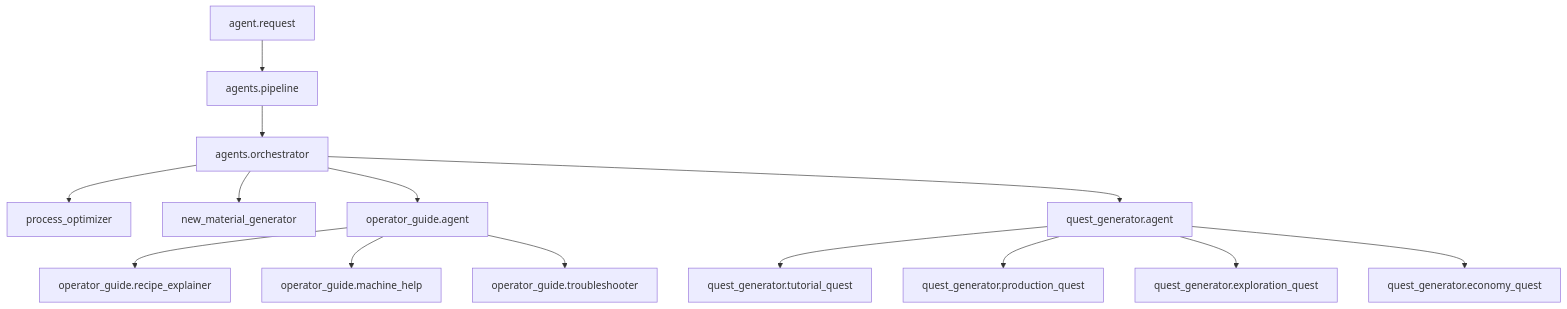
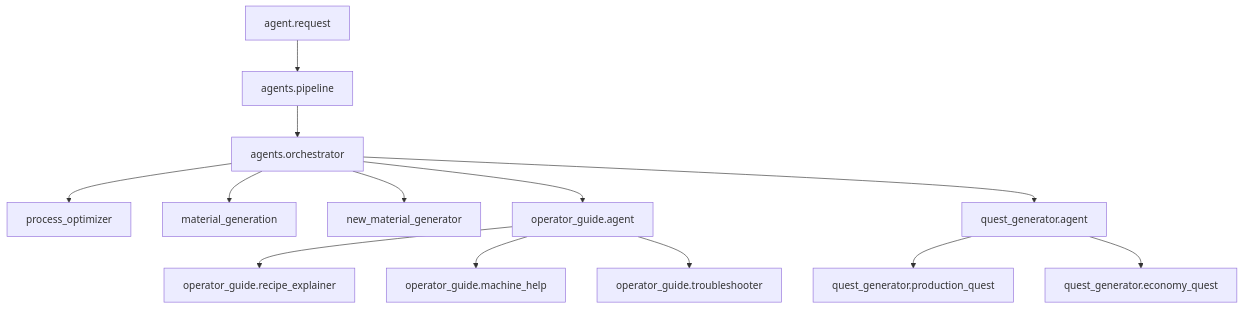
Before and after one commit to PU3-Lab/factory-space: the diagram in backend/src/AGENT_ROLES.md, drawn with Mermaid. The commit also changed other lines of this file and 1 other file, not shown here.

````diff
--- a/backend/src/AGENT_ROLES.md
+++ b/backend/src/AGENT_ROLES.md
@@ -16,19 +16,18 @@
 ```mermaid
 flowchart TD
     Client[agent.request] --> Pipeline[agents.pipeline]
     Pipeline --> Orchestrator[agents.orchestrator]
 
     Orchestrator --> Process[process_optimizer]
-    Orchestrator --> Material[new_material_generator]
+    Orchestrator --> MaterialGen[material_generation]
+    Orchestrator --> NewMaterial[new_material_generator]
     Orchestrator --> OperatorGuide[operator_guide.agent]
     Orchestrator --> Quest[quest_generator.agent]
 
     OperatorGuide --> Recipe[operator_guide.recipe_explainer]
     OperatorGuide --> Machine[operator_guide.machine_help]
     OperatorGuide --> Trouble[operator_guide.troubleshooter]
 
-    Quest --> Tutorial[quest_generator.tutorial_quest]
     Quest --> Production[quest_generator.production_quest]
-    Quest --> Exploration[quest_generator.exploration_quest]
     Quest --> Economy[quest_generator.economy_quest]
 ```
````
